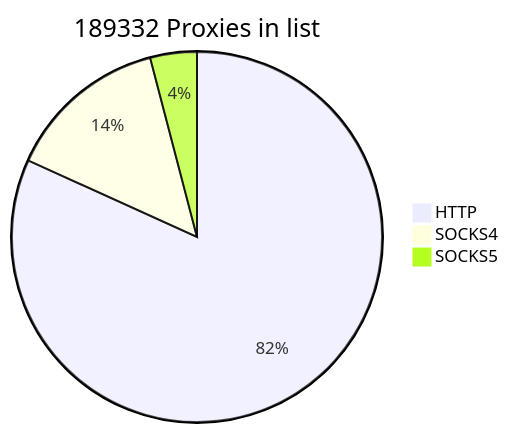
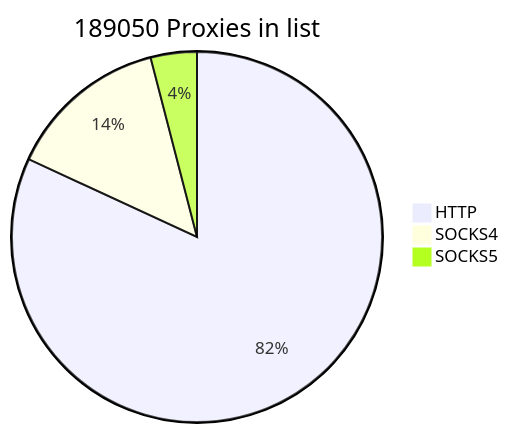
The first of 2 diagrams in README.md (cutipu/proxylist), drawn with Mermaid before and after one commit. The commit also changed other lines of this file, not shown here.

````diff
--- a/README.md
+++ b/README.md
@@ -2,7 +2,7 @@
 ```mermaid
-pie title 189332 Proxies in list
-    "HTTP" : 154834
-    "SOCKS4" : 26791
-    "SOCKS5" : 7707
+pie title 189050 Proxies in list
+    "HTTP" : 154820
+    "SOCKS4" : 26617
+    "SOCKS5" : 7613
             
 ```
````
